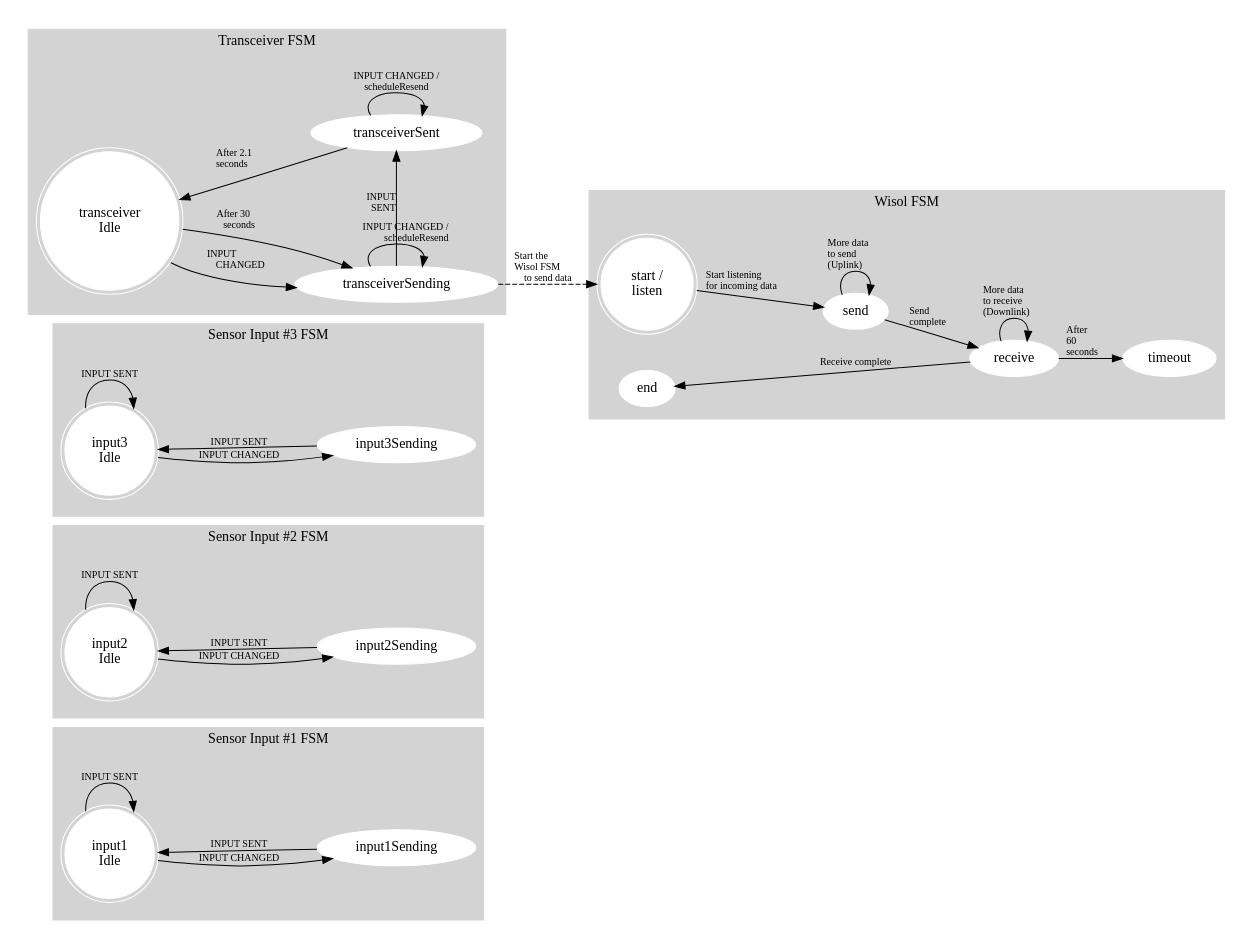
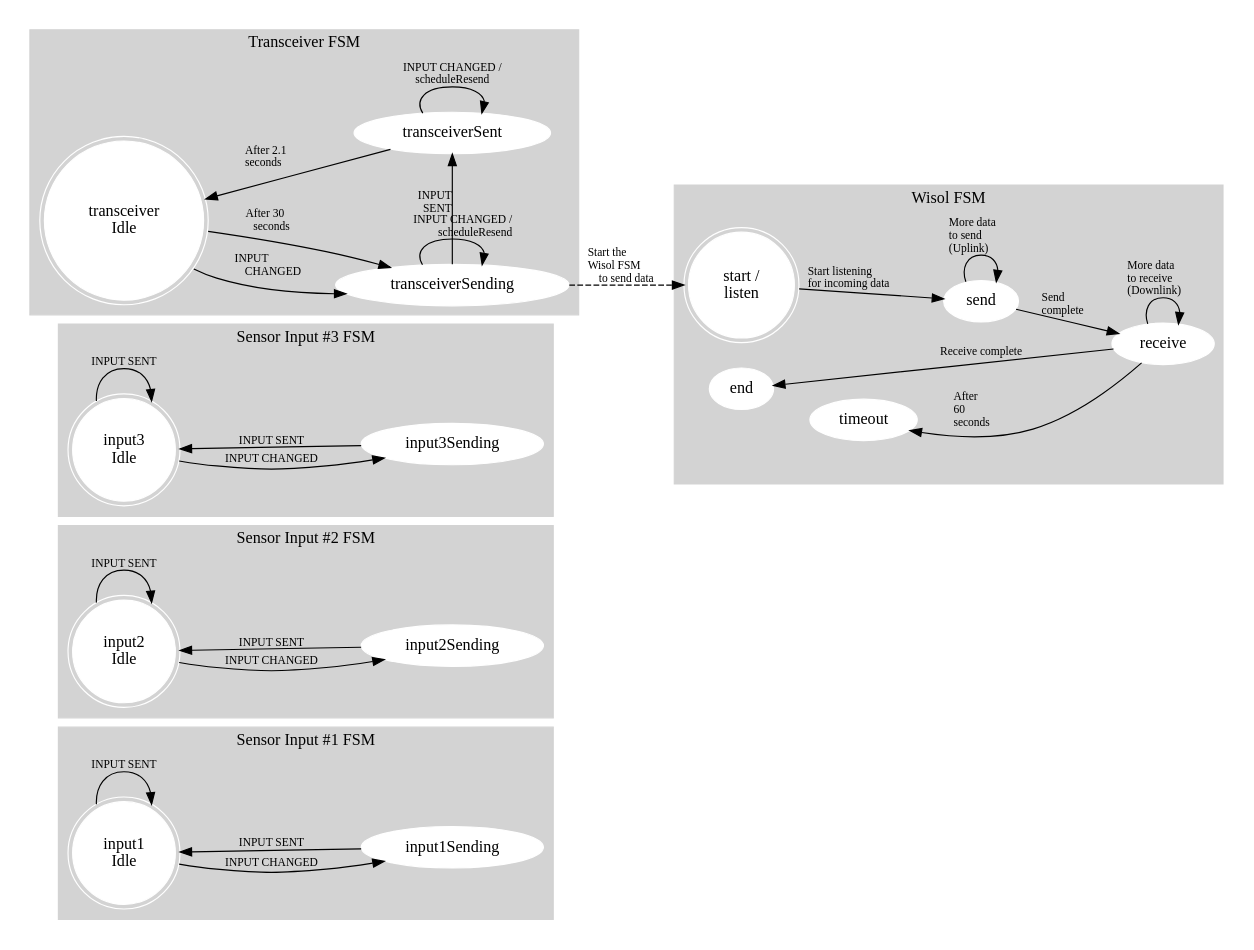
The diagram in fsm1.dot (lupyuen/unabiz-arduino), drawn with Graphviz before and after one commit.

```diff
--- a/fsm1.dot
+++ b/fsm1.dot
@@ -1,69 +1,69 @@
 digraph finite_state_machine {
 	compound = true;
 	// concentrate=true;
 	rankdir = LR;
 	ranksep="0";
 	nodesep="0.3";
 
 	size = "8,6";
 	ratio = fill;	
 
 	node [style=filled,color=white];
 	style = filled;
 	color = lightgrey;
 
 	node [shape = doublecircle]; input1Idle input2Idle input3Idle transceiverIdle listen;
 	node [shape = ellipse];
 	edge [fontsize = 10];
 
 	subgraph cluster_input1 {
 		label = "Sensor Input #1 FSM";
 		input1Idle [ label = "input1\nIdle" ];
 		input1Idle -> input1Sending [ label = "INPUT CHANGED" ];
 		input1Sending -> input1Idle [ label = "INPUT SENT" ];
 		input1Idle -> input1Idle [ label = "INPUT SENT" ];
 	}
 
 	subgraph cluster_input2 {
 		label = "Sensor Input #2 FSM";
 		input2Idle [ label = "input2\nIdle" ];
 		input2Idle -> input2Sending [ label = "INPUT CHANGED" ];
 		input2Sending -> input2Idle [ label = "INPUT SENT" ];
 		input2Idle -> input2Idle [ label = "INPUT SENT" ];
 	}
 
 	subgraph cluster_input3 {
 		label = "Sensor Input #3 FSM";
 		input3Idle [ label = "input3\nIdle" ];
 		input3Idle -> input3Sending [ label = "INPUT CHANGED" ];
 		input3Sending -> input3Idle [ label = "INPUT SENT" ];
 		input3Idle -> input3Idle [ label = "INPUT SENT" ];
 	}
 
 	subgraph cluster_transceiver {
 		{ rank = same; transceiverSending; transceiverSent; }
 		label = "Transceiver FSM";
 		transceiverIdle [ label = "transceiver\nIdle" ];
 		transceiverIdle -> transceiverSending [ label = "INPUT \l  CHANGED" ];
-		transceiverSending -> transceiverSending [ weight = 1, label = "INPUT CHANGED / \r scheduleResend \r" ];
-		transceiverSending -> transceiverSent [ weight = 1, label = "INPUT \r SENT \r " ];
+		transceiverSending -> transceiverSending [ label = "INPUT CHANGED / \r scheduleResend \r" ];
+		transceiverSending -> transceiverSent [ label = "INPUT \r SENT \r " ];
 		transceiverSent -> transceiverSent [ label = "INPUT CHANGED / \n scheduleResend \n" ];
 		transceiverSent -> transceiverIdle [ label = "After 2.1 \l seconds\l" ];
 		transceiverIdle -> transceiverSending [ label = "After 30 \l seconds" ];
 	}
 
 	subgraph cluster_wisol {
 		{ rank = min; listen; end; }
 		label = "Wisol FSM";
 		listen [label="start / \n listen"]
 		listen -> send [label = "Start listening \l for incoming data \l"];
 		send -> send [label = "More data \l to send \l (Uplink) \l" ];
 		send -> receive [label = "Send \l complete \l" ];
 		receive -> receive [label = "More data \l to receive \l (Downlink) \l" ];
-		receive -> timeout [ label = "After \l 60 \l seconds \l" ];
+		receive -> timeout [constraint=false, label = "After \l 60 \l seconds \l" ];
 		receive -> end [label = "Receive complete" ];	
 	}
 
 	transceiverSending -> listen [style=dashed, label="Start the \l Wisol FSM \l to send data"];
 	
 }
```
